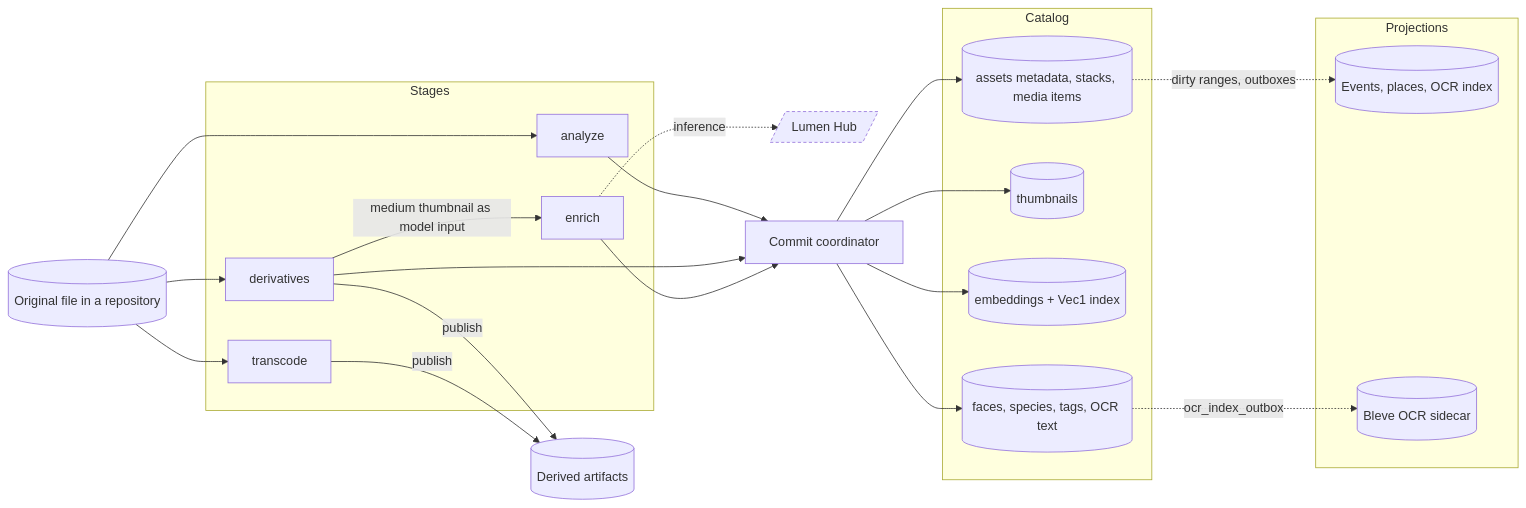
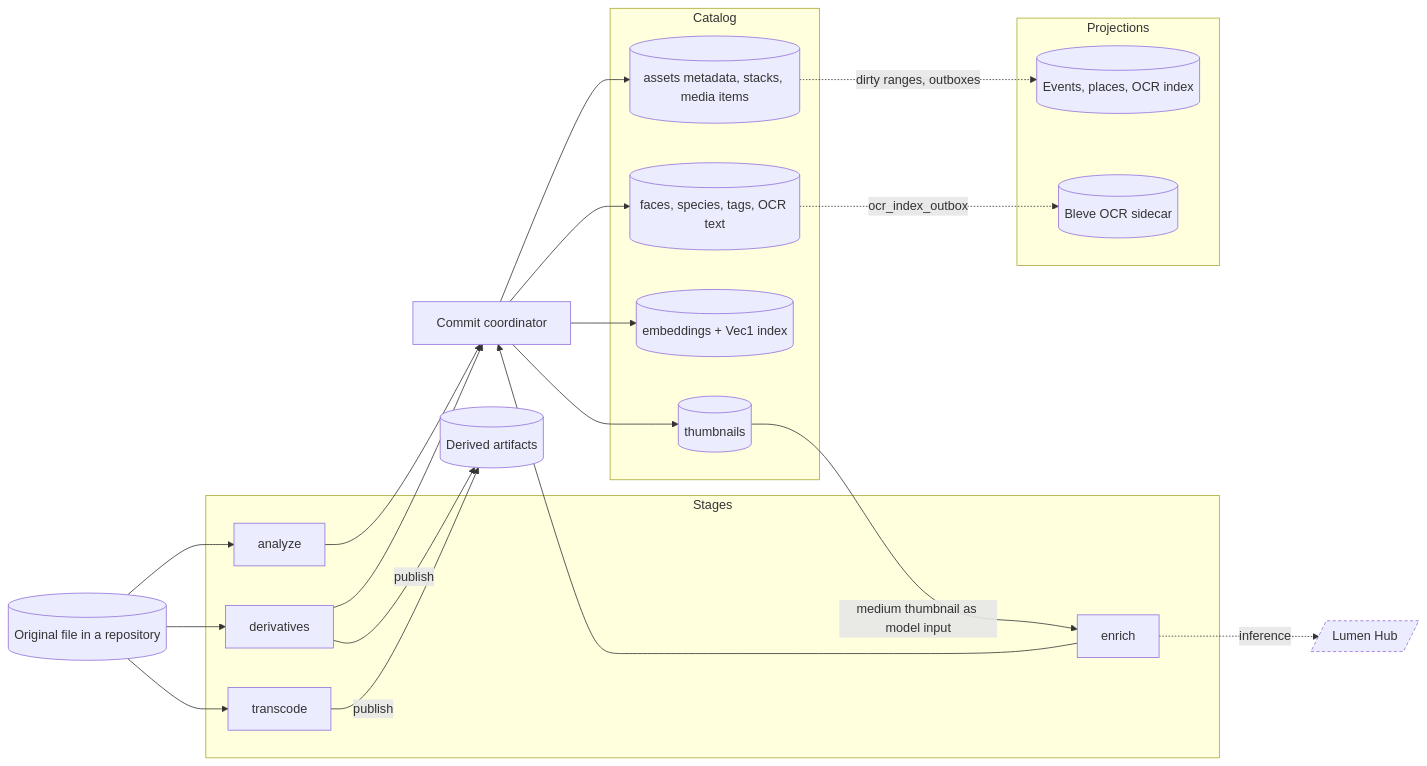
The diagram in docs/atlas/generated/dataflow/asset-processing.md (EdwinZhanCN/Lumilio-Photos), drawn with Mermaid before and after one commit. The commit also changed other lines of this file and 58 other files, not shown here.

````diff
--- a/docs/atlas/generated/dataflow/asset-processing.md
+++ b/docs/atlas/generated/dataflow/asset-processing.md
@@ -9,41 +9,41 @@
 ```mermaid
 flowchart LR
     n_original[("Original file in a repository")]
     subgraph n_g_Stages["Stages"]
         n_analyze["analyze"]
         n_derivatives["derivatives"]
         n_transcode["transcode"]
         n_enrich["enrich"]
     end
     n_lumen[/"Lumen Hub"/]
     n_artifacts[("Derived artifacts")]
     n_coordinator["Commit coordinator"]
     subgraph n_g_Catalog["Catalog"]
         n_metadata[("assets metadata, stacks, media items")]
         n_thumbs[("thumbnails")]
         n_vectors[("embeddings + Vec1 index")]
         n_faces[("faces, species, tags, OCR text")]
     end
     subgraph n_g_Projections["Projections"]
         n_projections[("Events, places, OCR index")]
         n_bleve[("Bleve OCR sidecar")]
     end
     n_original --> n_analyze
     n_original --> n_derivatives
     n_original --> n_transcode
-    n_derivatives -->|"medium thumbnail as model input"| n_enrich
+    n_thumbs -->|"medium thumbnail as model input"| n_enrich
     n_enrich -.->|"inference"| n_lumen
     n_derivatives -->|"publish"| n_artifacts
     n_transcode -->|"publish"| n_artifacts
     n_analyze --> n_coordinator
     n_derivatives --> n_coordinator
     n_enrich --> n_coordinator
     n_coordinator --> n_metadata
     n_coordinator --> n_thumbs
     n_coordinator --> n_vectors
     n_coordinator --> n_faces
     n_metadata -.->|"dirty ranges, outboxes"| n_projections
     n_faces -.->|"ocr_index_outbox"| n_bleve
     classDef external stroke-dasharray:4 3
     class n_lumen external
 ```
````
